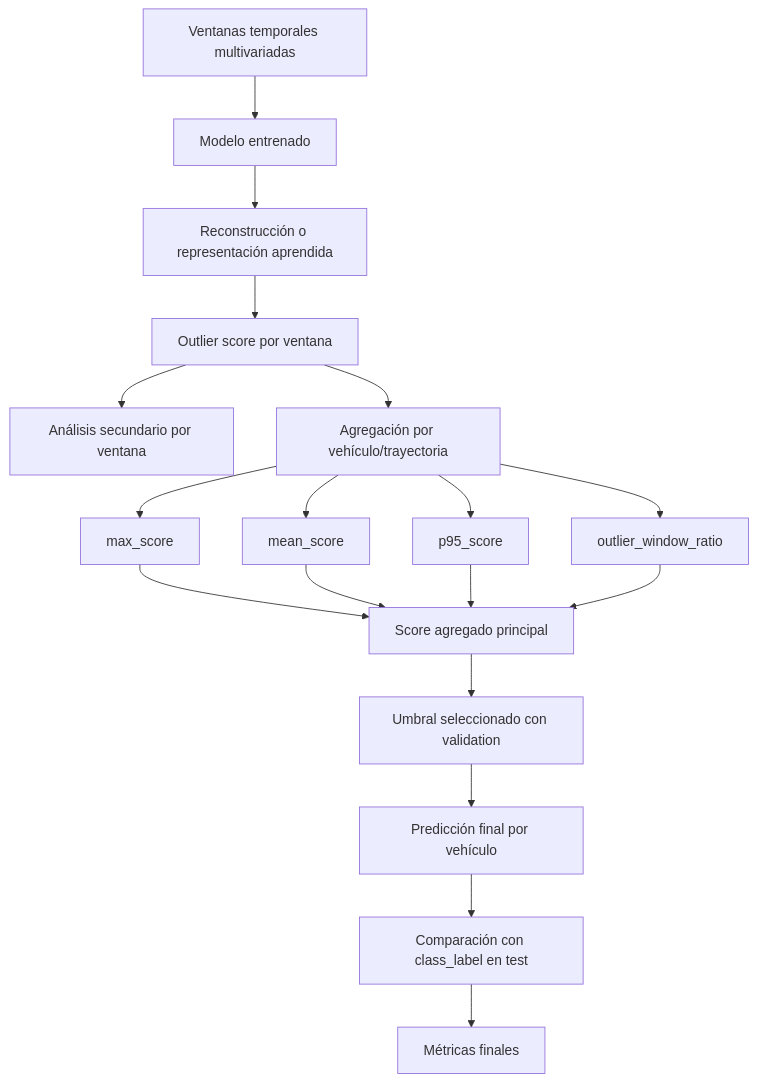
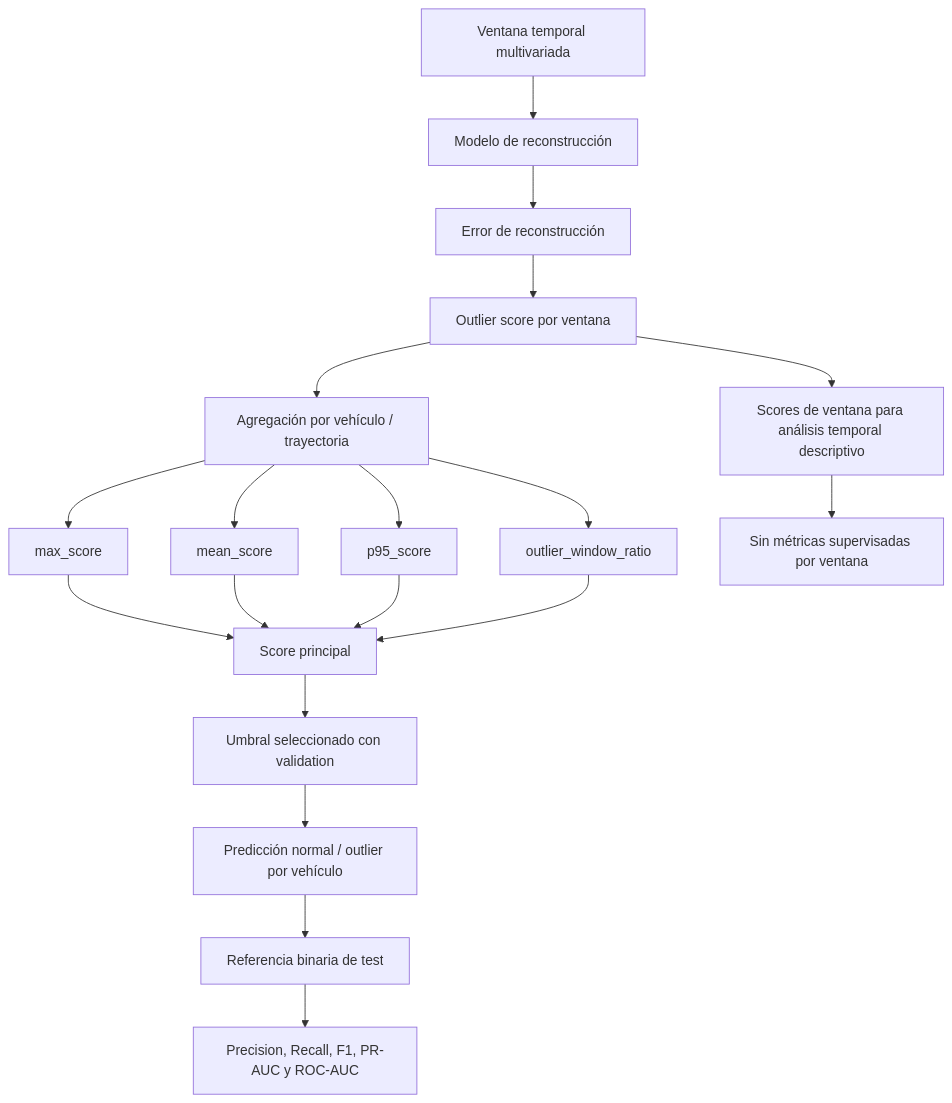
The diagram in scania-component-x-outlier-detection/docs/diagrams/fig_6_4_evaluacion_ventana_vehiculo.mmd (ajvilleg10/scania-component-x-outlier-detection), drawn with Mermaid before and after one commit. The commit also changed 52 other files, not shown here.

```diff
--- a/scania-component-x-outlier-detection/docs/diagrams/fig_6_4_evaluacion_ventana_vehiculo.mmd
+++ b/scania-component-x-outlier-detection/docs/diagrams/fig_6_4_evaluacion_ventana_vehiculo.mmd
@@ -1,22 +1,19 @@
 flowchart TD
-    A[Ventanas temporales multivariadas] --> B[Modelo entrenado]
-    B --> C[Reconstrucción o representación aprendida]
+    A[Ventana temporal multivariada] --> B[Modelo de reconstrucción]
+    B --> C[Error de reconstrucción]
     C --> D[Outlier score por ventana]
-
-    D --> E[Análisis secundario por ventana]
-    D --> F[Agregación por vehículo/trayectoria]
-
-    F --> G1[max_score]
-    F --> G2[mean_score]
-    F --> G3[p95_score]
-    F --> G4[outlier_window_ratio]
-
-    G1 --> H[Score agregado principal]
-    G2 --> H
-    G3 --> H
-    G4 --> H
-
-    H --> I[Umbral seleccionado con validation]
-    I --> J[Predicción final por vehículo]
-    J --> K[Comparación con class_label en test]
-    K --> L[Métricas finales]
+    D --> E[Agregación por vehículo / trayectoria]
+    E --> E1[max_score]
+    E --> E2[mean_score]
+    E --> E3[p95_score]
+    E --> E4[outlier_window_ratio]
+    E1 --> F[Score principal]
+    E2 --> F
+    E3 --> F
+    E4 --> F
+    F --> G[Umbral seleccionado con validation]
+    G --> H[Predicción normal / outlier por vehículo]
+    H --> I[Referencia binaria de test]
+    I --> J[Precision, Recall, F1, PR-AUC y ROC-AUC]
+    D --> K[Scores de ventana para análisis temporal descriptivo]
+    K --> L[Sin métricas supervisadas por ventana]
```
